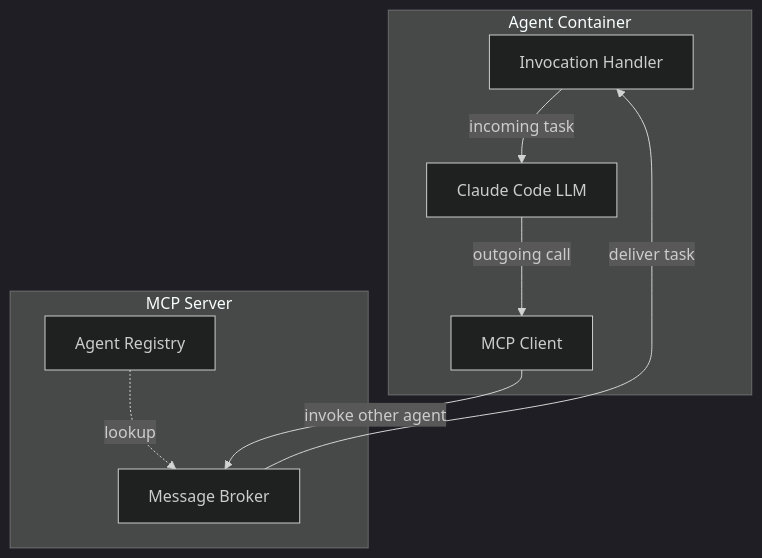
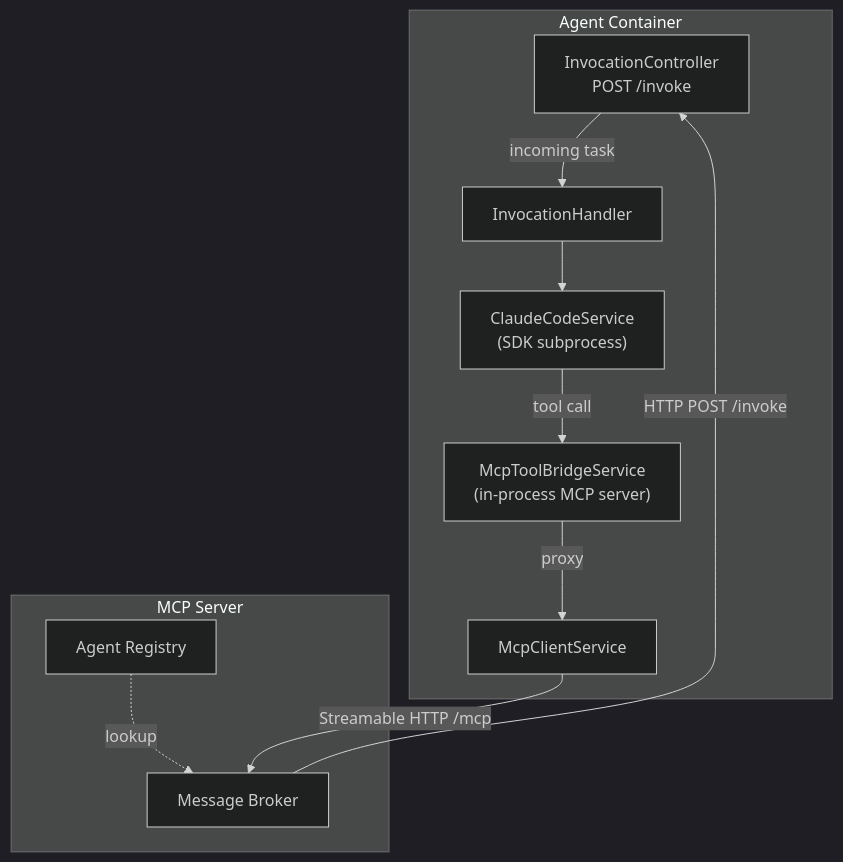
One commit to ia64mail/quorum changed the third of 7 diagrams in docs/agent-messaging.md. Above: the diagram before and after it, drawn with Mermaid (dark theme). The commit also changed other lines of this file and 1 other file, not shown here.

Commit message:
Enhance documentation to include Claude Code SDK integration with MCP orchestration, depth tracking, circular call safeguards, role-based timeouts, and updated diagrams for agent communication and message delivery paths.

````diff
--- a/docs/agent-messaging.md
+++ b/docs/agent-messaging.md
@@ -51,20 +51,24 @@
 ```mermaid
 graph TB
     subgraph "Agent Container"
-        HANDLER[Invocation Handler]
-        LLM[Claude Code LLM]
-        CLIENT[MCP Client]
+        CTRL["InvocationController<br/>POST /invoke"]
+        HANDLER[InvocationHandler]
+        SDK["ClaudeCodeService<br/>(SDK subprocess)"]
+        BRIDGE["McpToolBridgeService<br/>(in-process MCP server)"]
+        CLIENT[McpClientService]
 
-        HANDLER -->|"incoming task"| LLM
-        LLM -->|"outgoing call"| CLIENT
+        CTRL -->|"incoming task"| HANDLER
+        HANDLER --> SDK
+        SDK -->|"tool call"| BRIDGE
+        BRIDGE -->|"proxy"| CLIENT
     end
 
     subgraph "MCP Server"
         BROKER[Message Broker]
         REG[Agent Registry]
     end
 
-    BROKER -->|"deliver task"| HANDLER
-    CLIENT -->|"invoke other agent"| BROKER
+    BROKER -->|"HTTP POST /invoke"| CTRL
+    CLIENT -->|"Streamable HTTP /mcp"| BROKER
     REG -.->|"lookup"| BROKER
 ```
````
